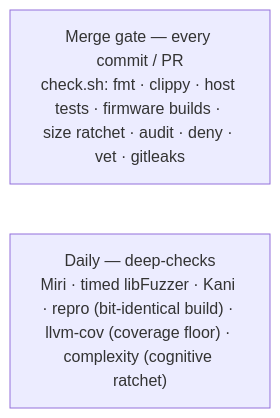
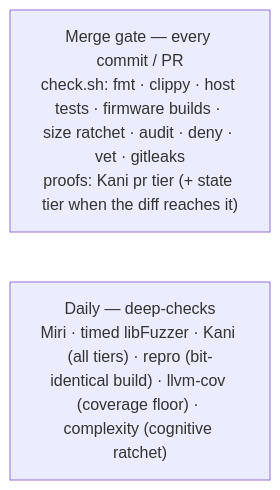
One commit to TheMaxMur/RS-Key changed the second of 2 diagrams in docs/testing.md. Above: the diagram before and after it, drawn with Mermaid. The commit also changed other lines of this file and 26 other files, not shown here.

````diff
--- a/docs/testing.md
+++ b/docs/testing.md
@@ -518,6 +581,6 @@
 ```mermaid
 flowchart TB
-    a["Merge gate — every commit / PR<br/>check.sh: fmt · clippy · host tests · firmware builds · size ratchet · audit · deny · vet · gitleaks"]
-    b["Daily — deep-checks<br/>Miri · timed libFuzzer · Kani · repro (bit-identical build) · llvm-cov (coverage floor) · complexity (cognitive ratchet)"]
+    a["Merge gate — every commit / PR<br/>check.sh: fmt · clippy · host tests · firmware builds · size ratchet · audit · deny · vet · gitleaks<br/>proofs: Kani pr tier (+ state tier when the diff reaches it)"]
+    b["Daily — deep-checks<br/>Miri · timed libFuzzer · Kani (all tiers) · repro (bit-identical build) · llvm-cov (coverage floor) · complexity (cognitive ratchet)"]
     a ~~~ b
 ```
````
